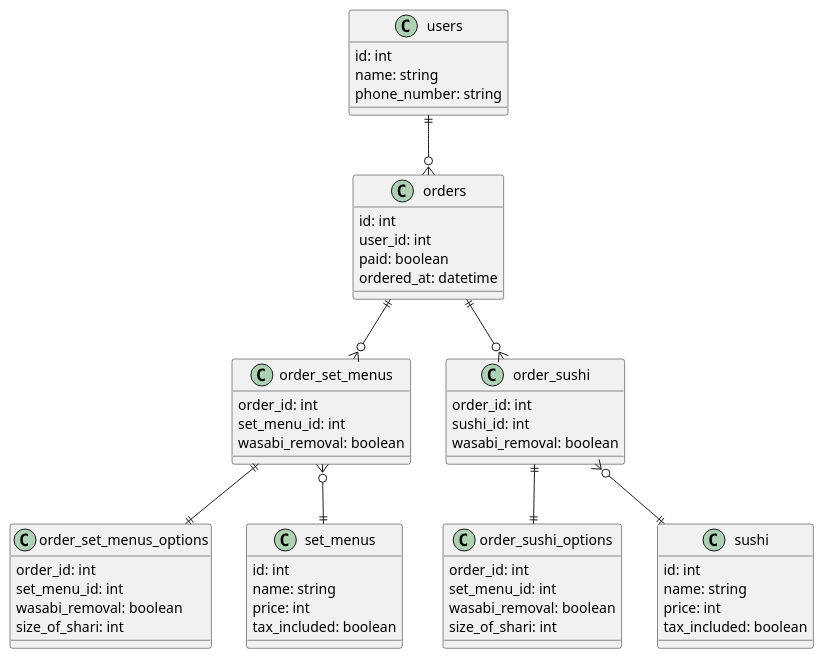
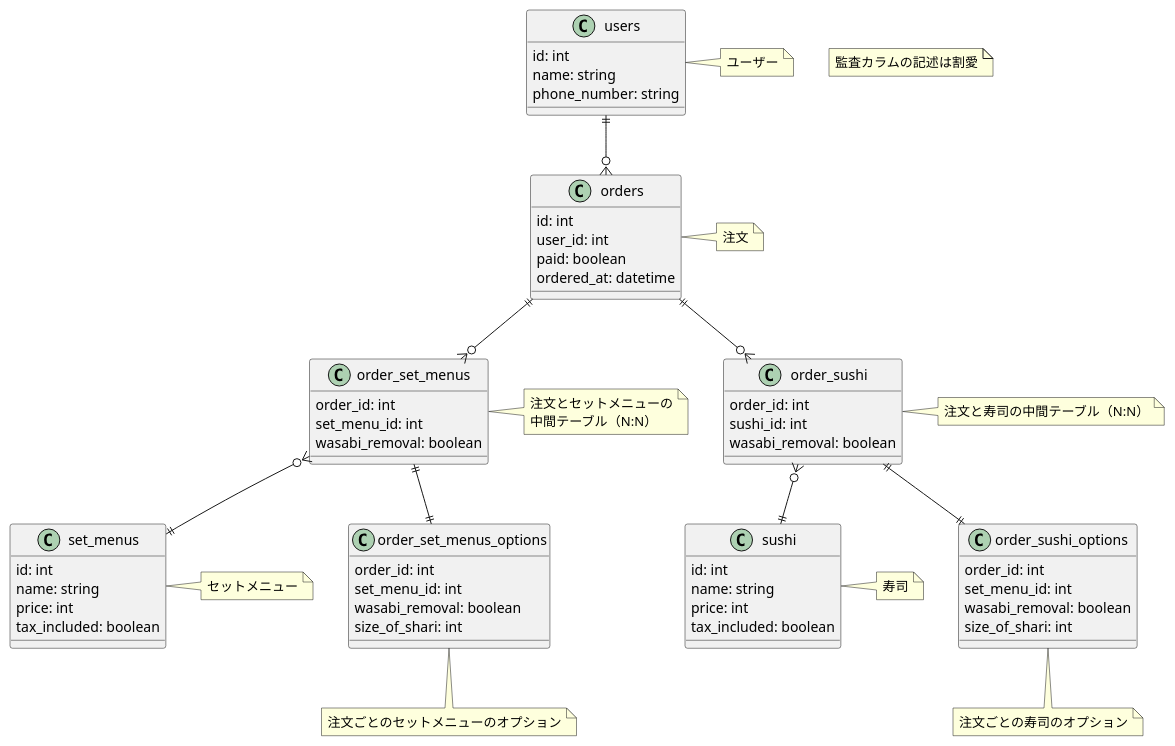
Before and after one commit to HitoroOhria/praha-challenge: the diagram in db/db-modeling-1/sushi_order.puml, drawn with PlantUML. The commit also changed 1 other file, not shown here.

```diff
--- a/db/db-modeling-1/sushi_order.puml
+++ b/db/db-modeling-1/sushi_order.puml
@@ -1,65 +1,75 @@
 @startuml
 'https://plantuml.com/class-diagram
+
+note "監査カラムの記述は割愛" as n1
 
 class users {
   id: int
   name: string
   phone_number: string
 }
+note right: ユーザー
 
 class orders {
   id: int
   user_id: int
   paid: boolean
   ordered_at: datetime
 }
+note right: 注文
 
 class order_set_menus {
   order_id: int
   set_menu_id: int
   wasabi_removal: boolean
 }
+note right: 注文とセットメニューの\n中間テーブル（N:N）
 
 class order_sushi {
   order_id: int
   sushi_id: int
   wasabi_removal: boolean
 }
+note right: 注文と寿司の中間テーブル（N:N）
 
 class order_set_menus_options {
   order_id: int
   set_menu_id: int
   wasabi_removal: boolean
   size_of_shari: int
 }
+note bottom: 注文ごとのセットメニューのオプション
 
 class order_sushi_options {
   order_id: int
   set_menu_id: int
   wasabi_removal: boolean
   size_of_shari: int
 }
+note bottom: 注文ごとの寿司のオプション
 
 class set_menus {
   id: int
   name: string
   price: int
   tax_included: boolean
 }
+note right: セットメニュー
 
 class sushi {
   id: int
   name: string
   price: int
   tax_included: boolean
 }
+note right: 寿司
 
 users ||--o{ orders
 orders ||--o{ order_set_menus
 orders ||--o{ order_sushi
 order_set_menus }o--|| set_menus
 order_sushi }o--|| sushi
 order_set_menus ||--|| order_set_menus_options
 order_sushi ||--|| order_sushi_options
 
 @enduml
```
